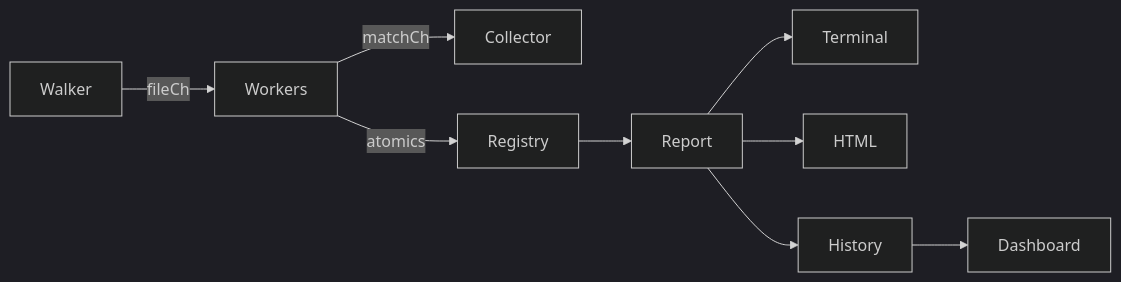
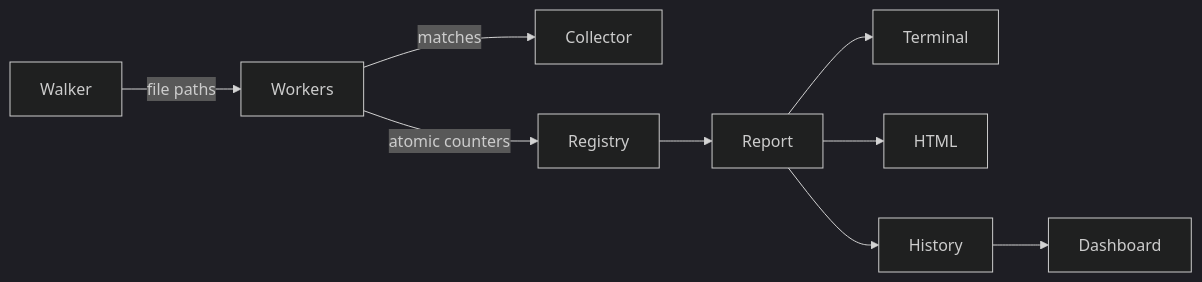
The diagram in README.md (Viswesh-G/scope), drawn with Mermaid (dark theme) before and after one commit. The commit also changed other lines of this file and 28 other files, not shown here.

````diff
--- a/README.md
+++ b/README.md
@@ -78,11 +217,11 @@
 ```mermaid
 flowchart LR
-    Walker -->|fileCh| Workers
-    Workers -->|matchCh| Collector
-    Workers -->|atomics| Registry
+    Walker -->|file paths| Workers
+    Workers -->|matches| Collector
+    Workers -->|atomic counters| Registry
     Registry --> Report
     Report --> Terminal
     Report --> HTML
     Report --> History
     History --> Dashboard
 ```
````
